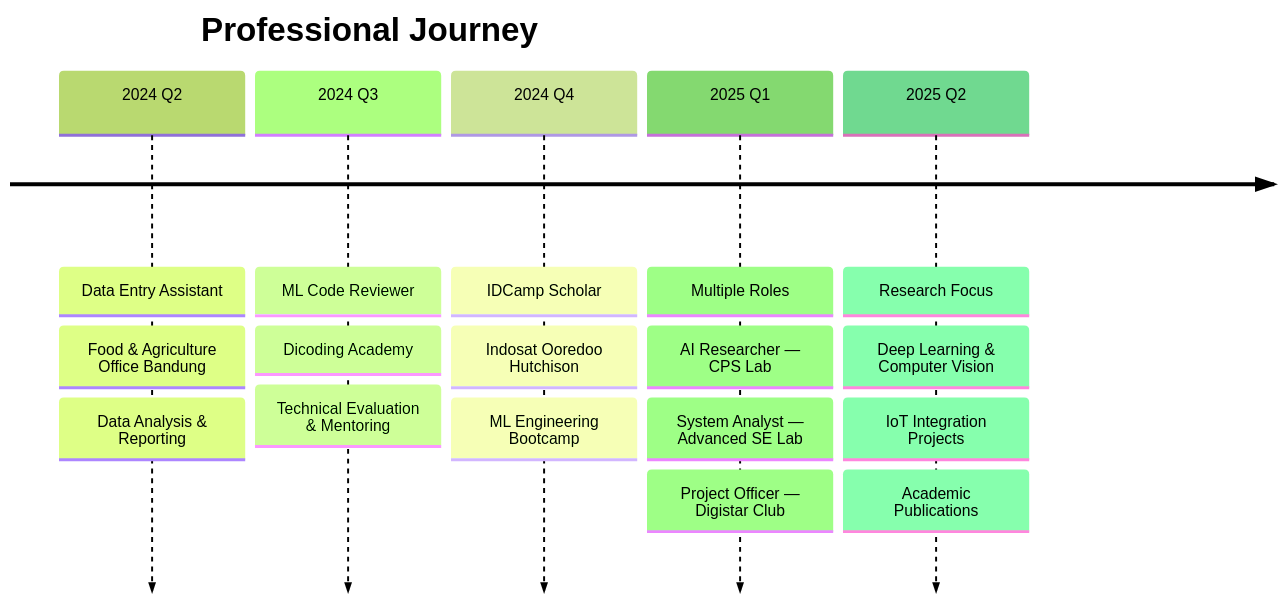
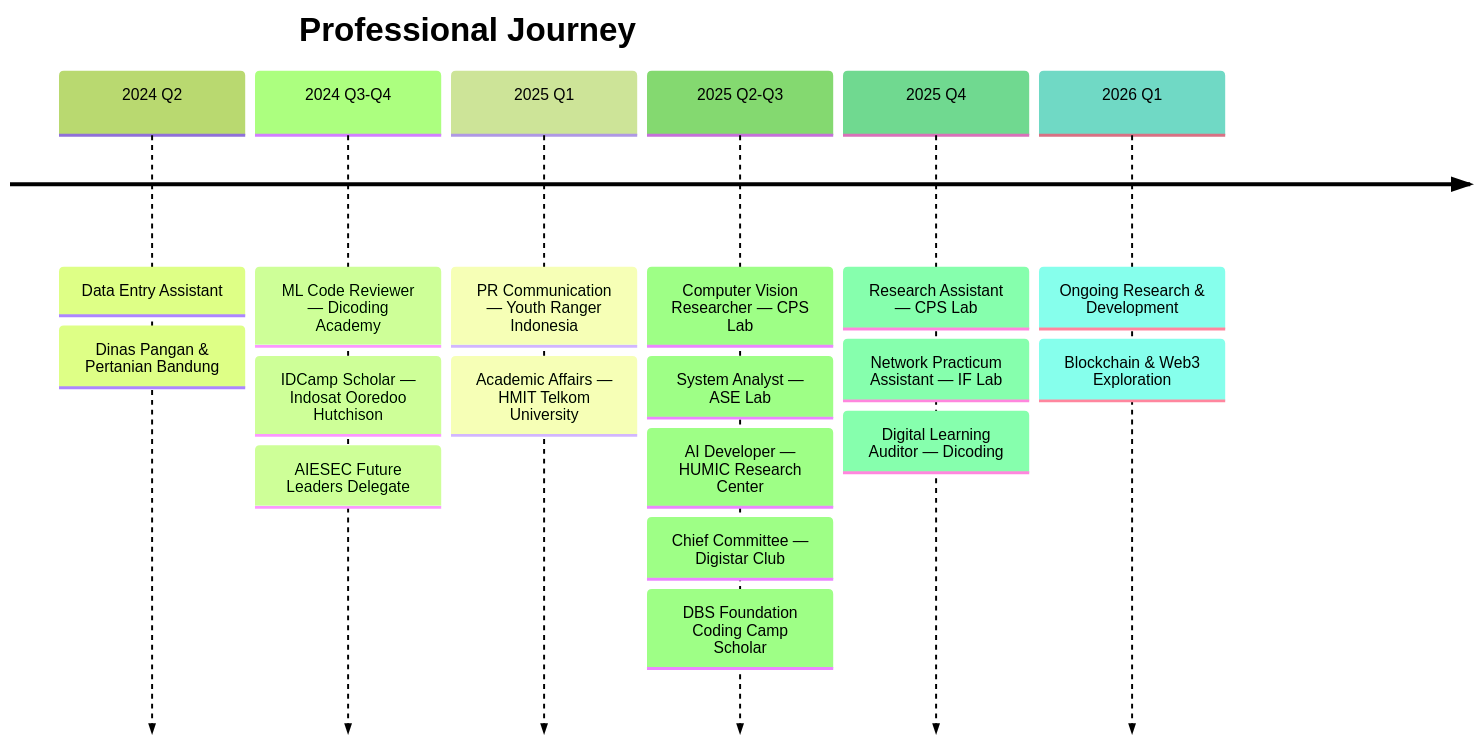
Before and after one commit to Arfazrll/Arfazrll: the second of 2 diagrams in README.md, drawn with Mermaid (forest theme). The commit also changed other lines of this file, not shown here.

````diff
--- a/README.md
+++ b/README.md
@@ -119,26 +106,27 @@
 ```mermaid
 timeline
     title Professional Journey
 
     2024 Q2 : Data Entry Assistant
-            : Food & Agriculture Office Bandung
-            : Data Analysis & Reporting
+            : Dinas Pangan & Pertanian Bandung
 
-    2024 Q3 : ML Code Reviewer
-            : Dicoding Academy
-            : Technical Evaluation & Mentoring
+    2024 Q3-Q4 : ML Code Reviewer — Dicoding Academy
+               : IDCamp Scholar — Indosat Ooredoo Hutchison
+               : AIESEC Future Leaders Delegate
 
-    2024 Q4 : IDCamp Scholar
-            : Indosat Ooredoo Hutchison
-            : ML Engineering Bootcamp
+    2025 Q1 : PR Communication — Youth Ranger Indonesia
+            : Academic Affairs — HMIT Telkom University
 
-    2025 Q1 : Multiple Roles
-            : AI Researcher — CPS Lab
-            : System Analyst — Advanced SE Lab
-            : Project Officer — Digistar Club
+    2025 Q2-Q3 : Computer Vision Researcher — CPS Lab
+               : System Analyst — ASE Lab
+               : AI Developer — HUMIC Research Center
+               : Chief Committee — Digistar Club
+               : DBS Foundation Coding Camp Scholar
 
-    2025 Q2 : Research Focus
-            : Deep Learning & Computer Vision
-            : IoT Integration Projects
-            : Academic Publications
+    2025 Q4 : Research Assistant — CPS Lab
+            : Network Practicum Assistant — IF Lab
+            : Digital Learning Auditor — Dicoding
+
+    2026 Q1 : Ongoing Research & Development
+            : Blockchain & Web3 Exploration
 ```
````
